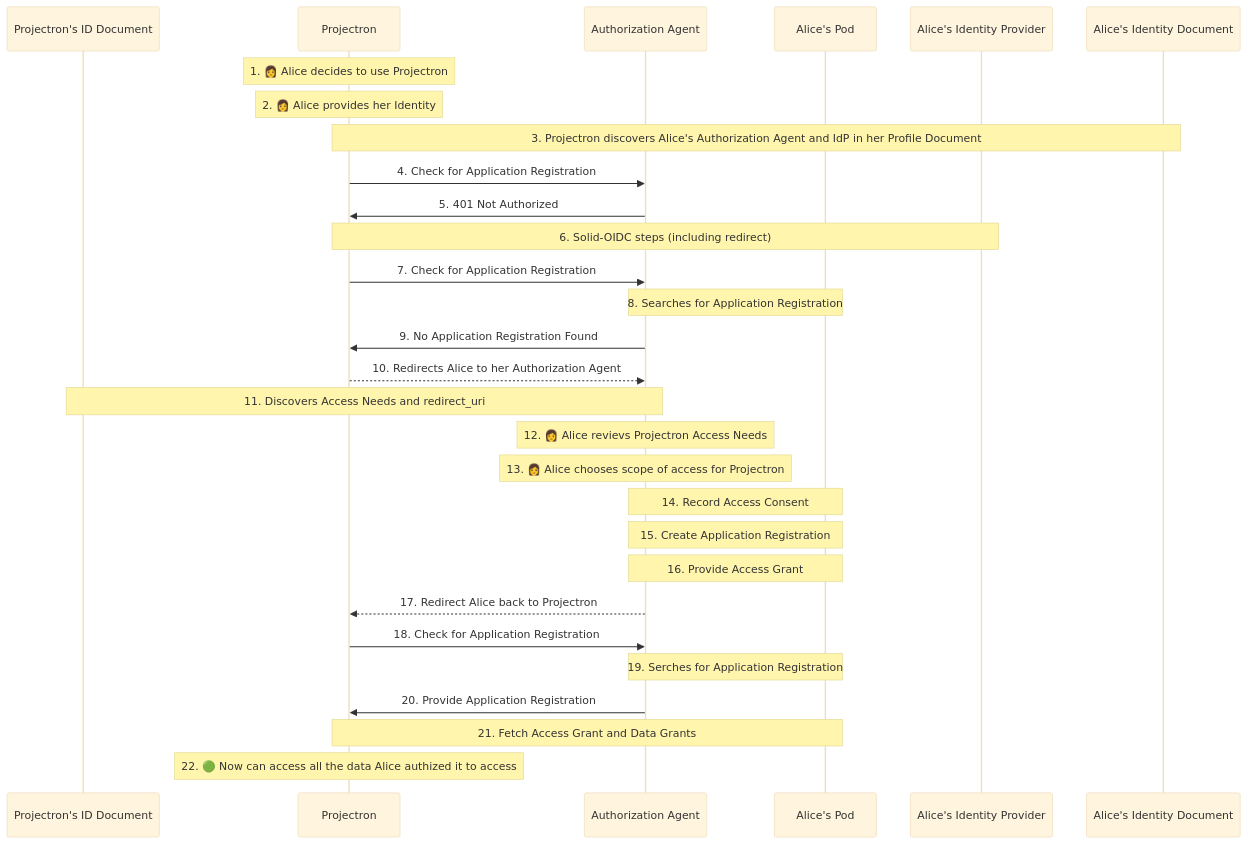
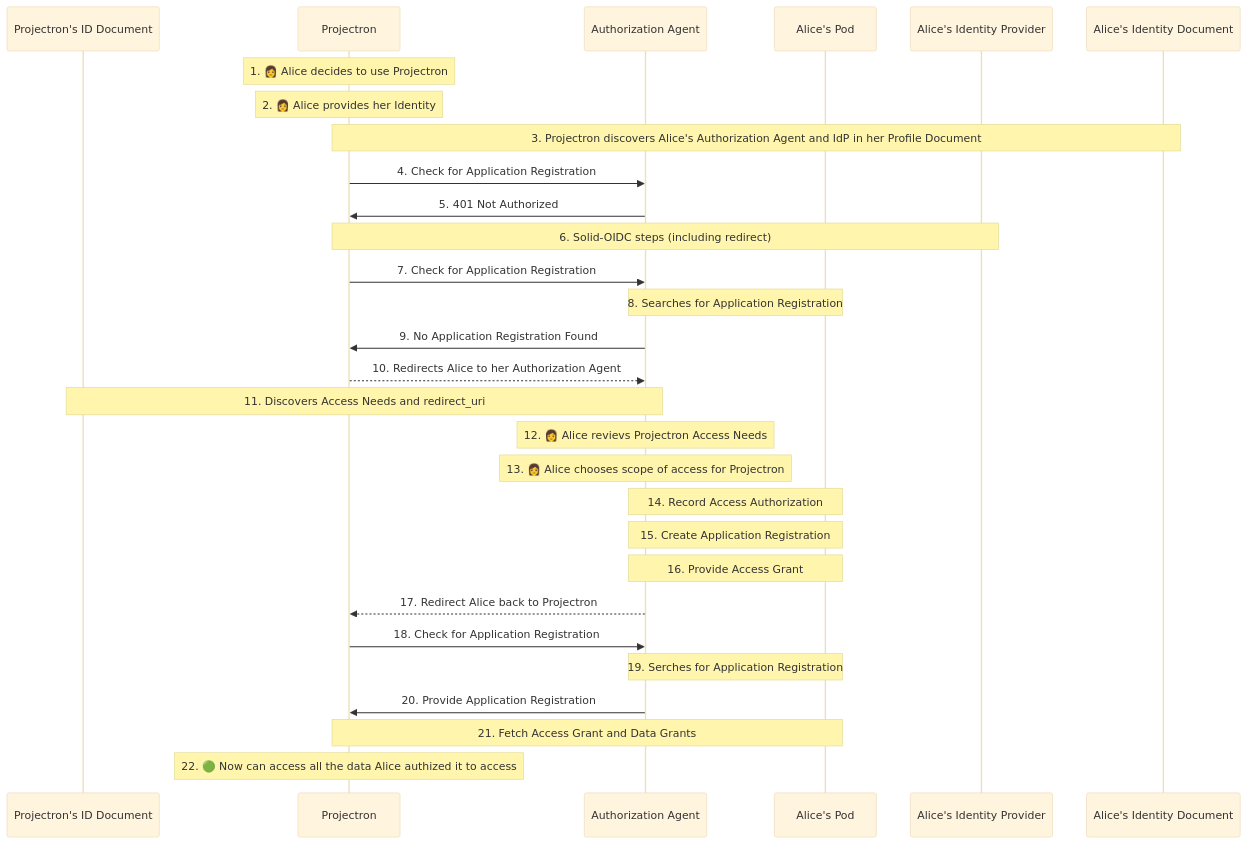
The diagram in proposals/specification/diagrams/application-requests-access-flow.seq.mmd (solid/data-interoperability-panel), drawn with Mermaid (base theme) before and after one commit. The commit also changed 34 other files, not shown here.

Commit message:
rename access consents, data consents, access consent registry

```diff
--- a/proposals/specification/diagrams/application-requests-access-flow.seq.mmd
+++ b/proposals/specification/diagrams/application-requests-access-flow.seq.mmd
@@ -1,29 +1,29 @@
 sequenceDiagram
     participant Projectron's ID Document
     participant Projectron
     participant Authorization Agent
     participant Alice's Pod
     participant Alice's Identity Provider
     participant Alice's Identity Document
     Note over Projectron: 1. 👩 Alice decides to use Projectron
     Note over Projectron: 2. 👩 Alice provides her Identity
     Note over Alice's Identity Document,Projectron: 3. Projectron discovers Alice's Authorization Agent and IdP in her Profile Document
     Projectron->>Authorization Agent: 4. Check for Application Registration
     Authorization Agent->>Projectron: 5. 401 Not Authorized
     Note over Projectron, Alice's Identity Provider: 6. Solid-OIDC steps (including redirect)
     Projectron->>Authorization Agent: 7. Check for Application Registration
     Note over Authorization Agent, Alice's Pod: 8. Searches for Application Registration
     Authorization Agent->>Projectron: 9. No Application Registration Found
     Projectron-->>Authorization Agent: 10. Redirects Alice to her Authorization Agent
     Note over Projectron's ID Document, Authorization Agent: 11. Discovers Access Needs and redirect_uri
     Note over Authorization Agent: 12. 👩 Alice revievs Projectron Access Needs
     Note over Authorization Agent: 13. 👩 Alice chooses scope of access for Projectron
-    Note over Authorization Agent, Alice's Pod: 14. Record Access Consent
+    Note over Authorization Agent, Alice's Pod: 14. Record Access Authorization
     Note over Authorization Agent, Alice's Pod: 15. Create Application Registration
     Note over Authorization Agent, Alice's Pod: 16. Provide Access Grant
     Authorization Agent-->>Projectron: 17. Redirect Alice back to Projectron
     Projectron->>Authorization Agent: 18. Check for Application Registration
     Note over Authorization Agent, Alice's Pod: 19. Serches for Application Registration
     Authorization Agent->>Projectron: 20. Provide Application Registration
     Note over Projectron, Alice's Pod: 21. Fetch Access Grant and Data Grants
     Note over Projectron: 22. 🟢 Now can access all the data Alice authized it to access
```
